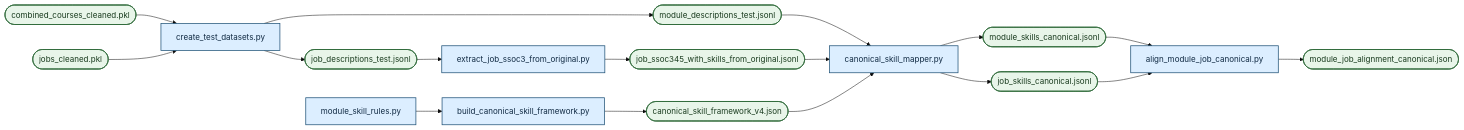
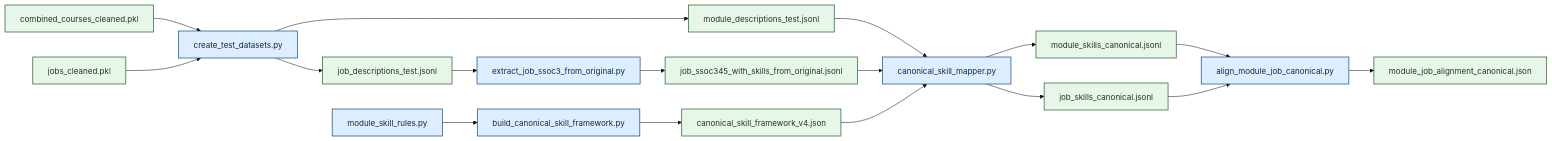
The diagram in technical-report/technical_report.md (jonleewh/DSA4264-Project), drawn with Mermaid (base theme) before and after one commit. The commit also changed other lines of this file, not shown here.

Commit message:
Update technical report

````diff
--- a/technical-report/technical_report.md
+++ b/technical-report/technical_report.md
@@ -266,25 +266,25 @@
 ```mermaid
 flowchart LR
-    A([combined_courses_cleaned.pkl]) --> C[create_test_datasets.py]
-    B([jobs_cleaned.pkl]) --> C
-    C --> D([module_descriptions_test.jsonl])
-    C --> E([job_descriptions_test.jsonl])
-    F[module_skill_rules.py] --> G[build_canonical_skill_framework.py]
-    G --> H([canonical_skill_framework_v4.json])
-    E --> I[extract_job_ssoc3_from_original.py]
-    I --> J([job_ssoc345_with_skills_from_original.jsonl])
-    D --> K[canonical_skill_mapper.py]
-    J --> K
+    A["combined_courses_cleaned.pkl"] --> C["create_test_datasets.py"]
+    B["jobs_cleaned.pkl"] --> C["create_test_datasets.py"]
+    C --> D["module_descriptions_test.jsonl"]
+    C --> E["job_descriptions_test.jsonl"]
+    F["module_skill_rules.py"] --> G["build_canonical_skill_framework.py"]
+    G --> H["canonical_skill_framework_v4.json"]
+    E --> I["extract_job_ssoc3_from_original.py"]
+    I --> J["job_ssoc345_with_skills_from_original.jsonl"]
+    D --> K["canonical_skill_mapper.py"]
+    J --> K["canonical_skill_mapper.py"]
     H --> K
-    K --> L([module_skills_canonical.jsonl])
-    K --> M([job_skills_canonical.jsonl])
-    L --> N[align_module_job_canonical.py]
+    K --> L["module_skills_canonical.jsonl"]
+    K --> M["job_skills_canonical.jsonl"]
+    L --> N["align_module_job_canonical.py"]
     M --> N
-    N --> O([module_job_alignment_canonical.json])
+    N --> O["module_job_alignment_canonical.json"]
 
     classDef script fill:#dceeff,stroke:#24557a,stroke-width:1.5px,color:#102a43;
     classDef data fill:#e8f5e9,stroke:#2f6b3a,stroke-width:1.5px,color:#183a1d;
 
     class C,G,I,K,N,F script;
     class A,B,D,E,H,J,L,M,O data;
 ```
````
